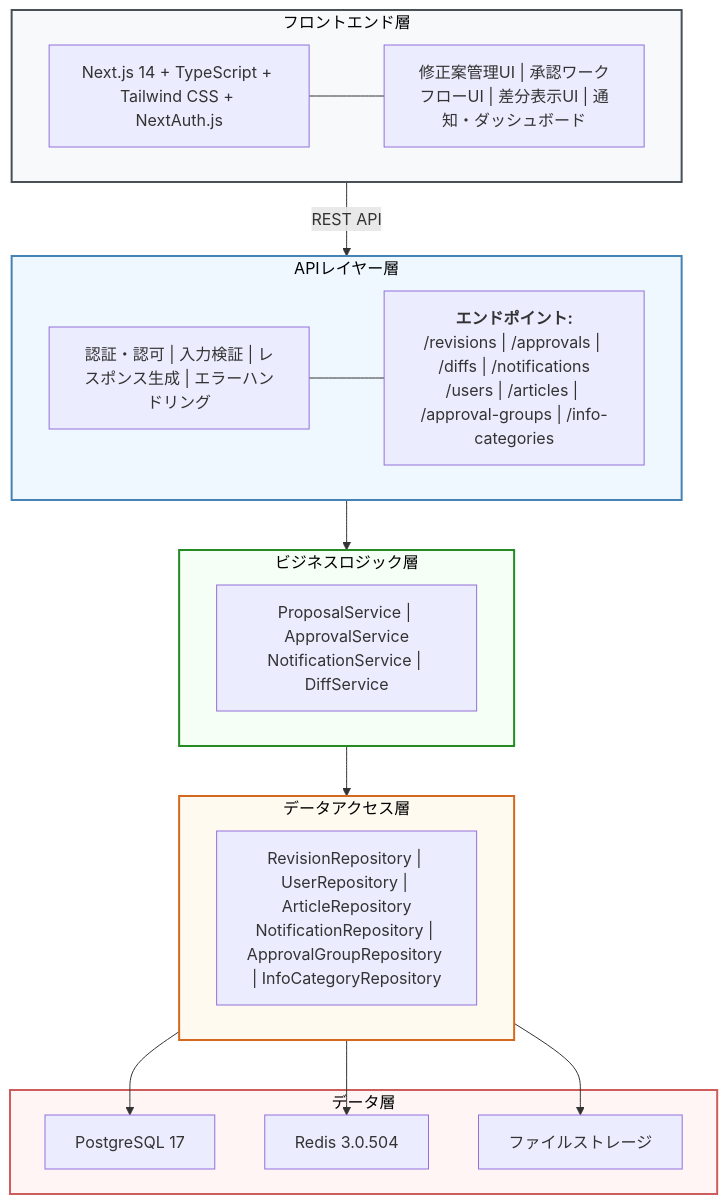
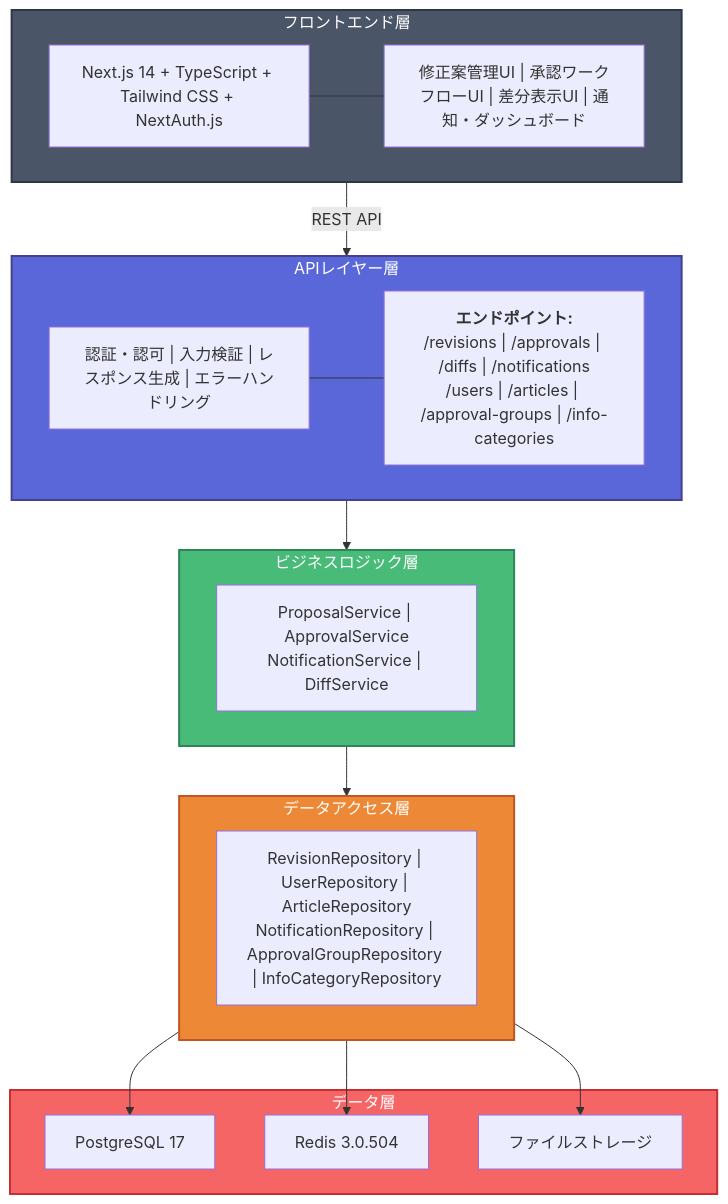
Before and after one commit to ekrsw/knowledge_app: the first of 2 diagrams in .tmp/design.md, drawn with Mermaid.

Commit message:
システム構成図の配色を改善
- サブグラフの背景を濃い色に変更
- すべてのラベル文字を白色に設定
- 視認性とコントラストを向上

🤖 Generated with [Claude Code](https://claude.ai/code)

````diff
--- a/.tmp/design.md
+++ b/.tmp/design.md
@@ -7,54 +7,54 @@
 ```mermaid
 graph TB
     %% フロントエンド層
     subgraph Frontend["フロントエンド層"]
         UI_Framework["Next.js 14 + TypeScript + Tailwind CSS + NextAuth.js"]
         UI_Components["修正案管理UI | 承認ワークフローUI | 差分表示UI | 通知・ダッシュボード"]
         UI_Framework --- UI_Components
     end
 
     %% APIレイヤー層
     subgraph API["APIレイヤー層"]
         Auth["認証・認可 | 入力検証 | レスポンス生成 | エラーハンドリング"]
         Endpoints["<b>エンドポイント:</b><br/>/revisions | /approvals | /diffs | /notifications<br/>/users | /articles | /approval-groups | /info-categories"]
         Auth --- Endpoints
     end
 
     %% ビジネスロジック層
     subgraph Business["ビジネスロジック層"]
         Services["ProposalService | ApprovalService<br/>NotificationService | DiffService"]
     end
 
     %% データアクセス層
     subgraph DataAccess["データアクセス層"]
         Repositories["RevisionRepository | UserRepository | ArticleRepository<br/>NotificationRepository | ApprovalGroupRepository | InfoCategoryRepository"]
     end
 
     %% データ層
     subgraph Data["データ層"]
         PostgreSQL["PostgreSQL 17"]
         Redis["Redis 3.0.504"]
         FileStorage["ファイルストレージ"]
     end
 
     %% 接続
     Frontend -->|REST API| API
     API --> Business
     Business --> DataAccess
     DataAccess --> PostgreSQL
     DataAccess --> Redis
     DataAccess --> FileStorage
 
-    %% スタイリング（視認性を重視した配色）
-    classDef frontendStyle fill:#f8f9fa,stroke:#495057,stroke-width:2px,color:#000
-    classDef apiStyle fill:#f0f8ff,stroke:#4682b4,stroke-width:2px,color:#000
-    classDef businessStyle fill:#f5fff5,stroke:#228b22,stroke-width:2px,color:#000
-    classDef dataAccessStyle fill:#fffaf0,stroke:#d2691e,stroke-width:2px,color:#000
-    classDef dataStyle fill:#fff5f5,stroke:#cd5c5c,stroke-width:2px,color:#000
+    %% スタイリング（濃いグレー背景に白文字）
+    classDef frontendStyle fill:#4a5568,stroke:#2d3748,stroke-width:2px,color:#fff
+    classDef apiStyle fill:#5a67d8,stroke:#434190,stroke-width:2px,color:#fff
+    classDef businessStyle fill:#48bb78,stroke:#2f855a,stroke-width:2px,color:#fff
+    classDef dataAccessStyle fill:#ed8936,stroke:#c05621,stroke-width:2px,color:#fff
+    classDef dataStyle fill:#f56565,stroke:#c53030,stroke-width:2px,color:#fff
 
     class Frontend frontendStyle
     class API apiStyle
     class Business businessStyle
     class DataAccess dataAccessStyle
     class Data dataStyle
 ```
````
